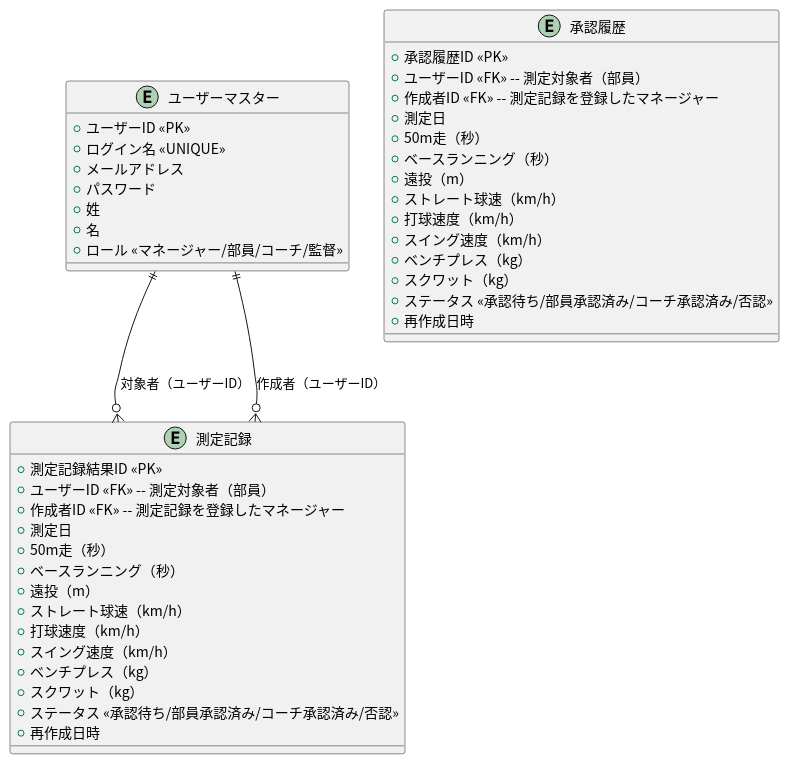
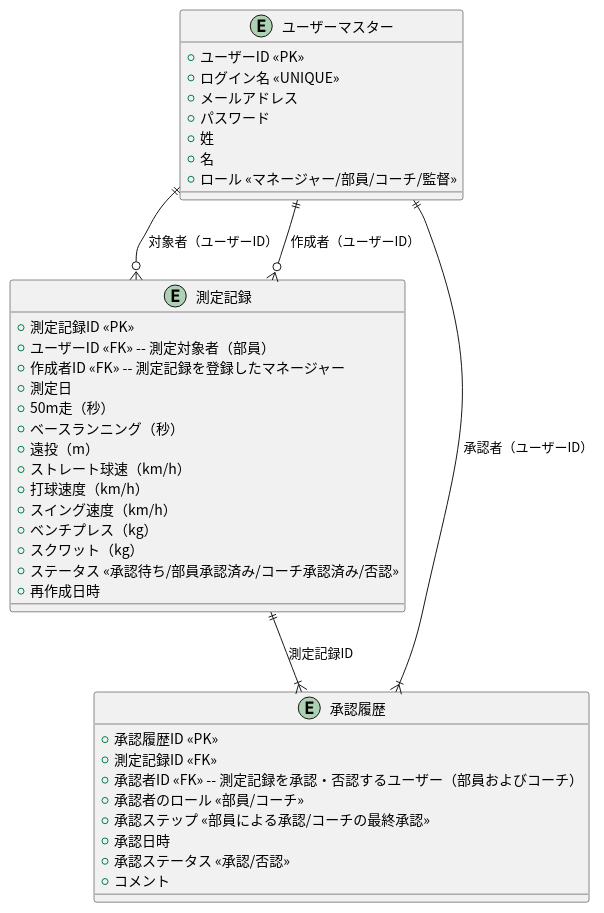
Before and after one commit to tomoki-shiozaki/baseball-talent-management-app: the diagram in doc/ER/ER_diagram.pu, drawn with PlantUML. The commit also changed 4 other files, not shown here.

Commit message:
feat(models): improve ER diagram and approvals, measurements models

```diff
--- a/doc/ER/ER_diagram.pu
+++ b/doc/ER/ER_diagram.pu
@@ -1,50 +1,47 @@
 @startuml ER
 skinparam defaultFontName "Noto Sans CJK JP"
 entity "ユーザーマスター" as User {
   +ユーザーID <<PK>>
   +ログイン名 <<UNIQUE>>
   +メールアドレス
   +パスワード
   + 姓
   + 名
   +ロール <<マネージャー/部員/コーチ/監督>>
 }
 
 entity "測定記録" as Measurement {
-  +測定記録結果ID <<PK>>
+  +測定記録ID <<PK>>
   +ユーザーID <<FK>> -- 測定対象者（部員）
   +作成者ID <<FK>> -- 測定記録を登録したマネージャー
   +測定日
   +50m走（秒）
   +ベースランニング（秒）
   +遠投（m）
   +ストレート球速（km/h）
   +打球速度（km/h）
   +スイング速度（km/h）
   +ベンチプレス（kg）
   +スクワット（kg）
   +ステータス <<承認待ち/部員承認済み/コーチ承認済み/否認>>
   +再作成日時
 }
 
 entity "承認履歴" as MeasurementApproval {
   +承認履歴ID <<PK>>
-  +ユーザーID <<FK>> -- 測定対象者（部員）
-  +作成者ID <<FK>> -- 測定記録を登録したマネージャー
-  +測定日
-  +50m走（秒）
-  +ベースランニング（秒）
-  +遠投（m）
-  +ストレート球速（km/h）
-  +打球速度（km/h）
-  +スイング速度（km/h）
-  +ベンチプレス（kg）
-  +スクワット（kg）
-  +ステータス <<承認待ち/部員承認済み/コーチ承認済み/否認>>
-  +再作成日時
+  +測定記録ID <<FK>> 
+  +承認者ID <<FK>> -- 測定記録を承認・否認するユーザー（部員およびコーチ）
+  +承認者のロール <<部員/コーチ>>
+  +承認ステップ <<部員による承認/コーチの最終承認>>
+  +承認日時
+  +承認ステータス <<承認/否認>>
+  +コメント
 }
 
 User ||--o{ Measurement : 対象者（ユーザーID）
 User ||--o{ Measurement : 作成者（ユーザーID）
 
+Measurement ||--|{ MeasurementApproval : 測定記録ID
+User ||--|{ MeasurementApproval : 承認者（ユーザーID）
+
 @enduml
```
